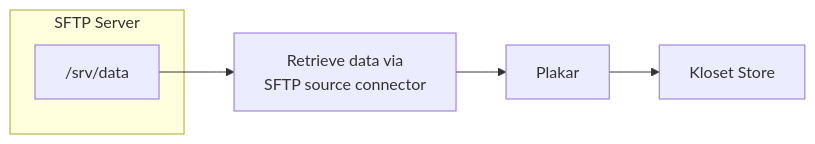
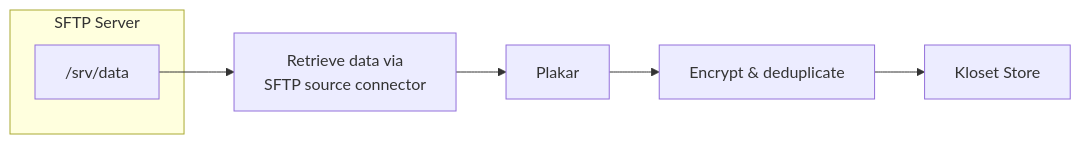
One commit to vcoisne/plakar.io changed the first of 3 diagrams in docs/community/main/integrations/sftp/index.md. Above: the diagram before and after it, drawn with Mermaid. The commit also changed other lines of this file and 1333 other files, not shown here.

```diff
--- a/docs/community/main/integrations/sftp/index.md
+++ b/docs/community/main/integrations/sftp/index.md
@@ -162,15 +167,17 @@
 {{< mermaid >}}
 flowchart LR
 
 subgraph Source["SFTP Server"]
   FS["/srv/data"]
 end
 
 Plakar["Plakar"]
 
 Via["Retrieve data via<br/>SFTP source connector"]
 
+Transform["Encrypt & deduplicate"]
+
 Store["Kloset Store"]
 
-FS --> Via --> Plakar --> Store
+FS --> Via --> Plakar --> Transform --> Store
 {{< /mermaid >}}
```
